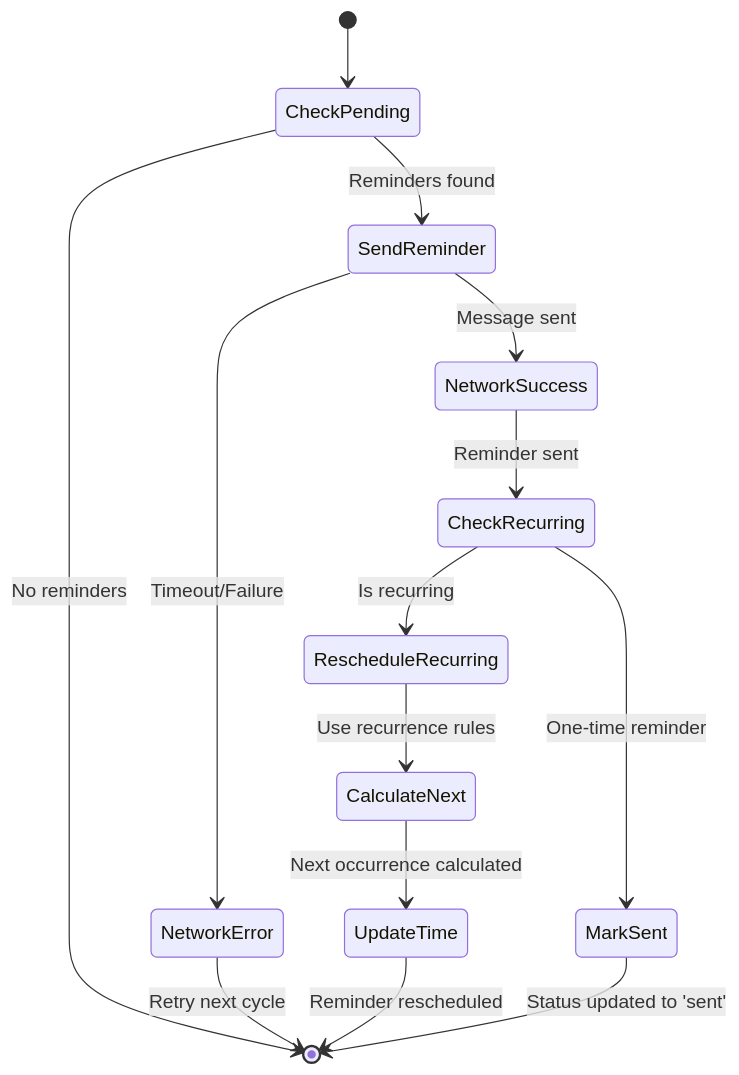
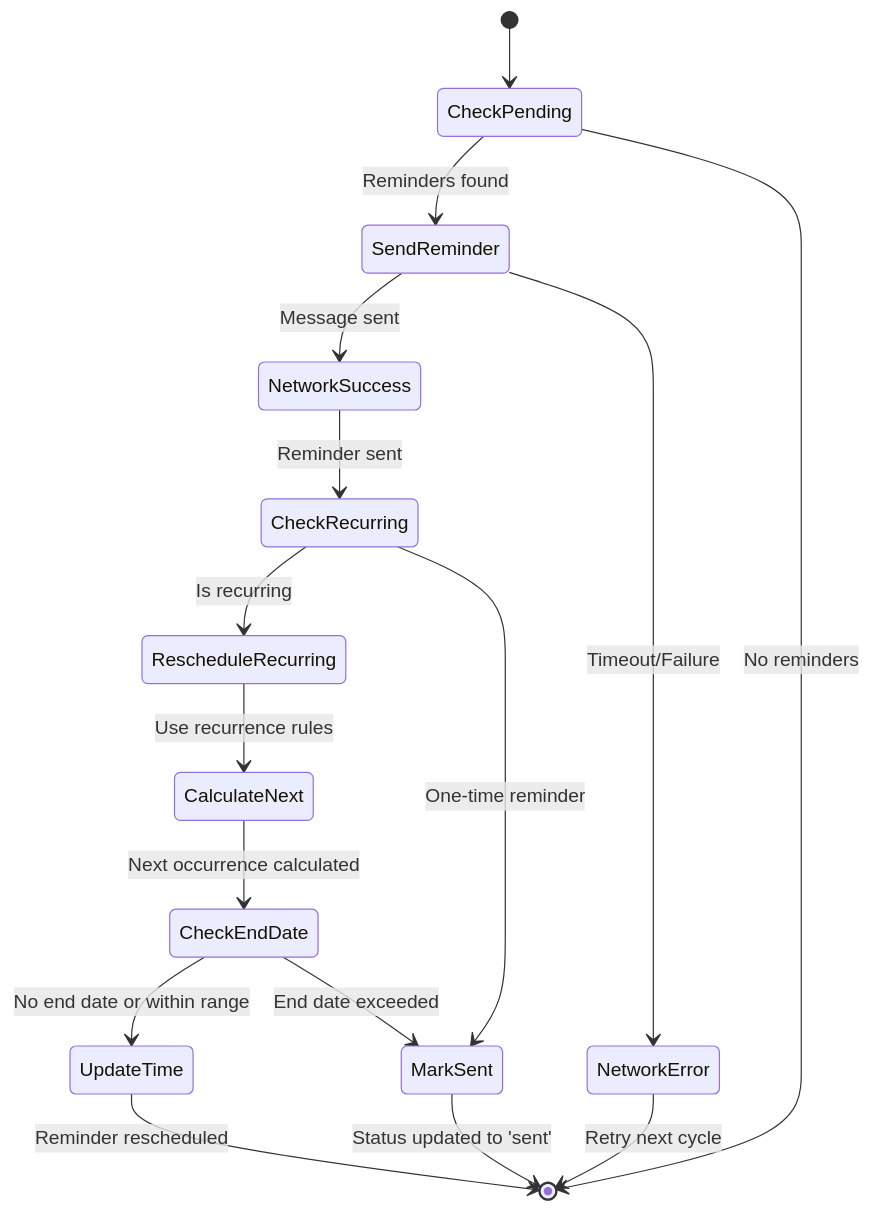
One commit to cukovicmilos/Kosmos changed the seventh of 12 diagrams in State_Machine.md. Above: the diagram before and after it, drawn with Mermaid. The commit also changed other lines of this file and 7 other files, not shown here.

````diff
--- a/State_Machine.md
+++ b/State_Machine.md
@@ -232,21 +242,23 @@
 ```mermaid
 stateDiagram-v2
     [*] --> CheckPending
     CheckPending --> SendReminder: Reminders found
     CheckPending --> [*]: No reminders
 
     SendReminder --> NetworkSuccess: Message sent
     SendReminder --> NetworkError: Timeout/Failure
 
     NetworkSuccess --> CheckRecurring: Reminder sent
     NetworkError --> [*]: Retry next cycle
 
     CheckRecurring --> RescheduleRecurring: Is recurring
     CheckRecurring --> MarkSent: One-time reminder
 
     RescheduleRecurring --> CalculateNext: Use recurrence rules
-    CalculateNext --> UpdateTime: Next occurrence calculated
+    CalculateNext --> CheckEndDate: Next occurrence calculated
+    CheckEndDate --> UpdateTime: No end date or within range
+    CheckEndDate --> MarkSent: End date exceeded
     UpdateTime --> [*]: Reminder rescheduled
 
     MarkSent --> [*]: Status updated to 'sent'
 ```
````
